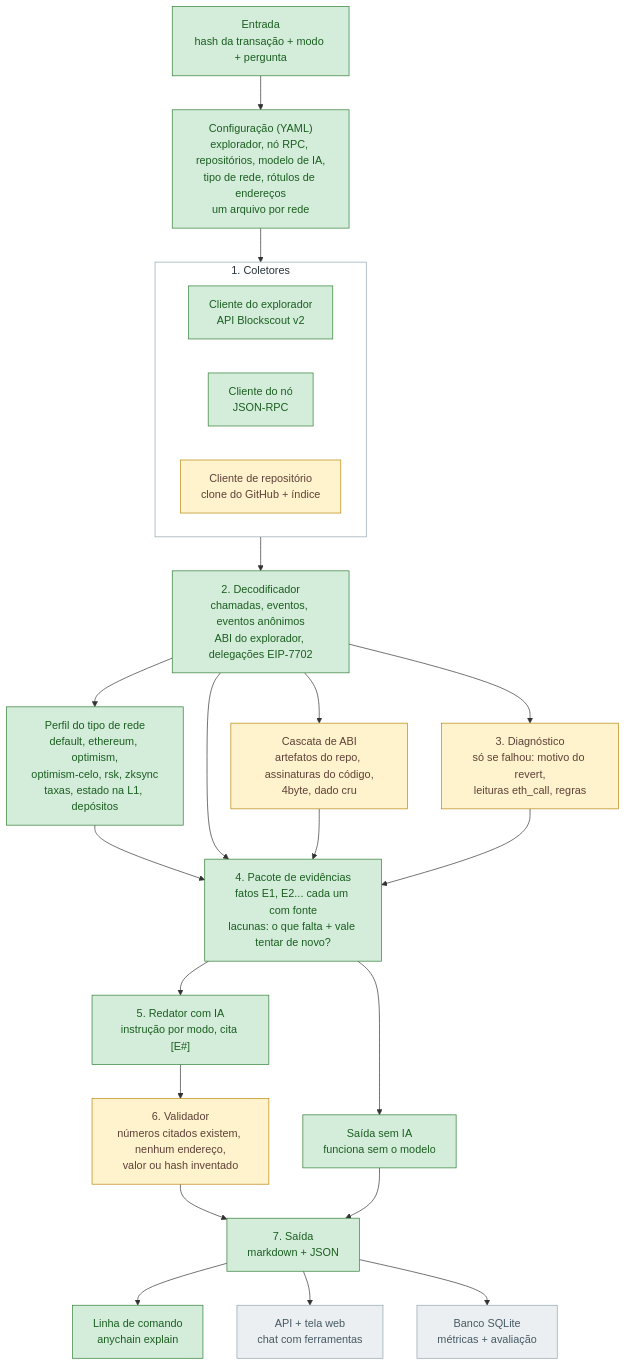
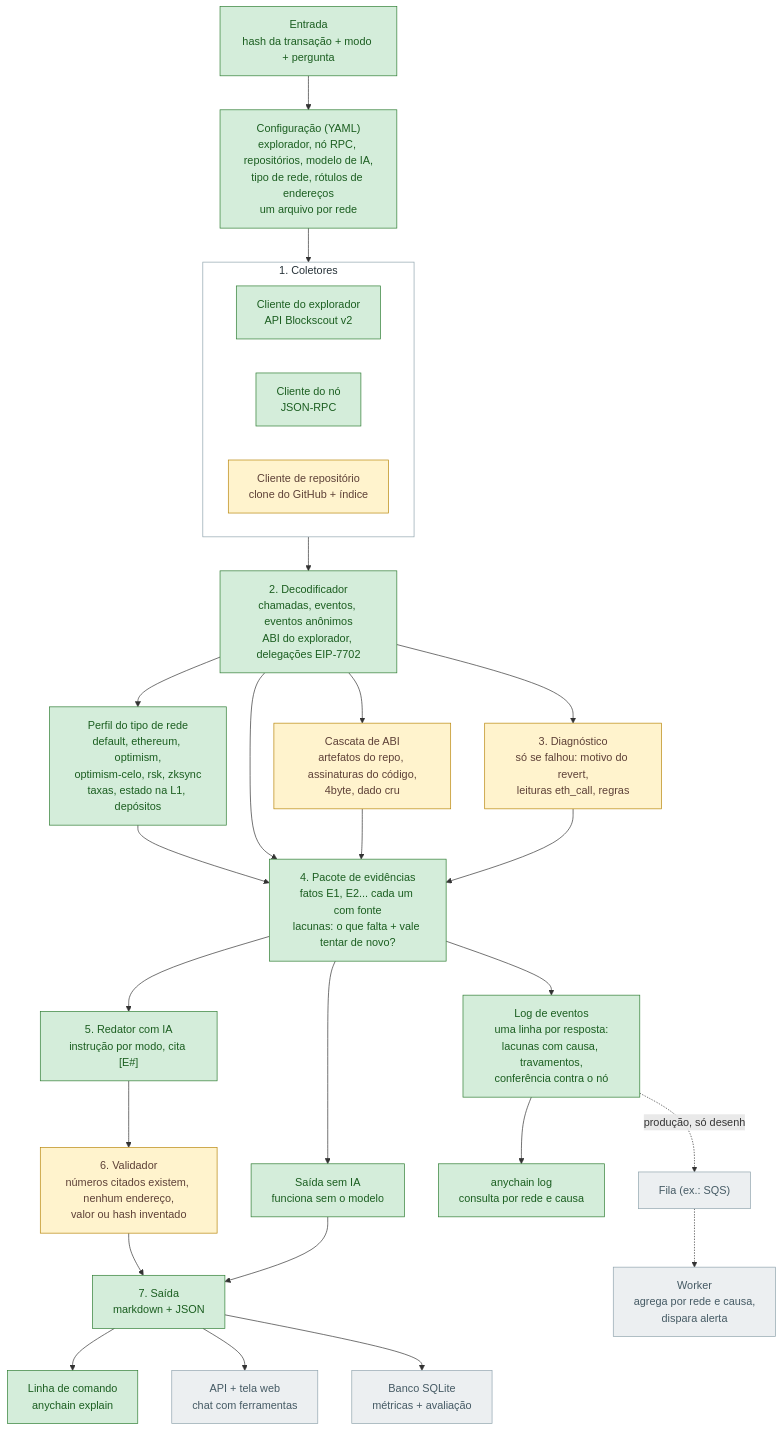
One commit to Ebaoj/anychain changed the first of 5 diagrams in docs/ARCHITECTURE.pt-BR.md. Above: the diagram before and after it, drawn with Mermaid. The commit also changed other lines of this file and 42 other files, not shown here.

````diff
--- a/docs/ARCHITECTURE.pt-BR.md
+++ b/docs/ARCHITECTURE.pt-BR.md
@@ -20,42 +20,46 @@
 ```mermaid
 flowchart TD
     IN["Entrada<br/>hash da transação + modo + pergunta"] --> CFG
 
     CFG["Configuração (YAML)<br/>explorador, nó RPC, repositórios, modelo de IA,<br/>tipo de rede, rótulos de endereços<br/>um arquivo por rede"]
 
     CFG --> COL
     subgraph COL["1. Coletores"]
         EXP["Cliente do explorador<br/>API Blockscout v2"]
         RPC["Cliente do nó<br/>JSON-RPC"]
         REPO["Cliente de repositório<br/>clone do GitHub + índice"]
     end
 
     COL --> DEC["2. Decodificador<br/>chamadas, eventos, eventos anônimos<br/>ABI do explorador, delegações EIP-7702"]
     DEC --> PRO["Perfil do tipo de rede<br/>default, ethereum, optimism,<br/>optimism-celo, rsk, zksync<br/>taxas, estado na L1, depósitos"]
     PRO --> BUN
     DEC --> CAS["Cascata de ABI<br/>artefatos do repo, assinaturas do código,<br/>4byte, dado cru"]
     DEC --> DIAG["3. Diagnóstico<br/>só se falhou: motivo do revert,<br/>leituras eth_call, regras"]
     DEC --> BUN
     CAS --> BUN
     DIAG --> BUN
 
     BUN["4. Pacote de evidências<br/>fatos E1, E2... cada um com fonte<br/>lacunas: o que falta + vale tentar de novo?"]
     BUN --> WRI["5. Redator com IA<br/>instrução por modo, cita [E#]"]
     BUN --> REN["Saída sem IA<br/>funciona sem o modelo"]
     WRI --> VAL["6. Validador<br/>números citados existem, nenhum endereço,<br/>valor ou hash inventado"]
     VAL --> OUT
     REN --> OUT
 
     OUT["7. Saída<br/>markdown + JSON"] --> CLI["Linha de comando<br/>anychain explain"]
     OUT --> API["API + tela web<br/>chat com ferramentas"]
     OUT --> DB["Banco SQLite<br/>métricas + avaliação"]
+    BUN --> LOG["Log de eventos<br/>uma linha por resposta:<br/>lacunas com causa, travamentos,<br/>conferência contra o nó"]
+    LOG --> QRY["anychain log<br/>consulta por rede e causa"]
+    LOG -.produção, só desenho.-> FILA["Fila (ex.: SQS)"]
+    FILA -.-> WRK["Worker<br/>agrega por rede e causa,<br/>dispara alerta"]
 
     classDef done fill:#d4edda,stroke:#2e7d32,color:#1b5e20
     classDef next fill:#fff3cd,stroke:#b8860b,color:#5d4037
     classDef later fill:#eceff1,stroke:#90a4ae,color:#455a64
 
-    class IN,CFG,EXP,RPC,DEC,PRO,BUN,WRI,REN,OUT,CLI done
+    class IN,CFG,EXP,RPC,DEC,PRO,BUN,WRI,REN,OUT,CLI,LOG,QRY done
     class REPO,CAS,DIAG,VAL next
-    class API,DB later
+    class API,DB,FILA,WRK later
     style COL fill:#ffffff,stroke:#90a4ae,color:#263238
 ```
````
